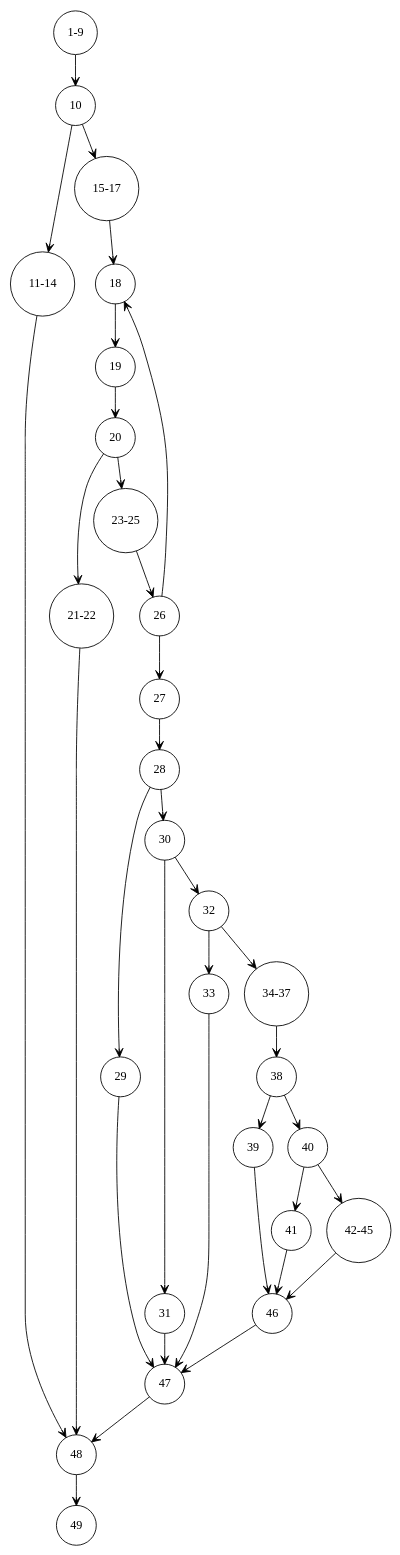
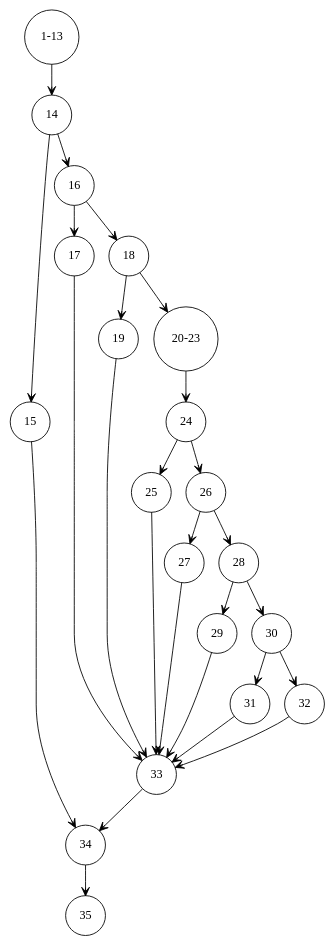
The diagram in CFG.dot (PH9/go-triangle), drawn with Graphviz before and after one commit. The commit also changed 1 other file, not shown here.

Commit message:
be more simple to draw graph

```diff
--- a/CFG.dot
+++ b/CFG.dot
@@ -1,42 +1,40 @@
 digraph CFG {
 	node [shape=circle];
 	edge [arrowhead=vee,arrowtail=dot];
 	
-	"1-9" -> 10;
-	10 -> "11-14";
-	"11-14" -> 48;
+	"1-13" -> 14;
+	14 -> 15;
+	15 -> 34;
 
-	10 -> "15-17";
-	"15-17" -> 18;
+	14 -> 16;
+	16 -> 17;
+	17 -> 33;
+
+	16 -> 18;
 	18 -> 19;
-	19 -> 20;
-	20 -> "21-22";
-	20 -> "23-25";
-	"23-25" -> 26;
-	26 -> 18;
-	"21-22" -> 48;
+	19 -> 33;
 
+	18 -> "20-23";
+	"20-23" -> 24;
+
+	24 -> 25;
+	25 -> 33;
+
+	24 -> 26;
 	26 -> 27;
-	27 -> 28;
+	27 -> 33;
+
+	26 -> 28;
 	28 -> 29;
+	29 -> 33;
+
 	28 -> 30;
 	30 -> 31;
+	31 -> 33;
+	
 	30 -> 32;
 	32 -> 33;
-	32 -> "34-37";
-	33 -> 47;
-	"34-37" -> 38;
-	38 -> 39;
-	38 -> 40;
-	39 -> 46;
-	40 -> 41;
-	41 -> 46;
-	40 -> "42-45";
-	"42-45" -> 46;
-	46 -> 47;
 
-	29 -> 47;
-	31 -> 47;
-	47 -> 48;
-	48 -> 49;
+	33 -> 34;
+	34 -> 35;
 }
```
